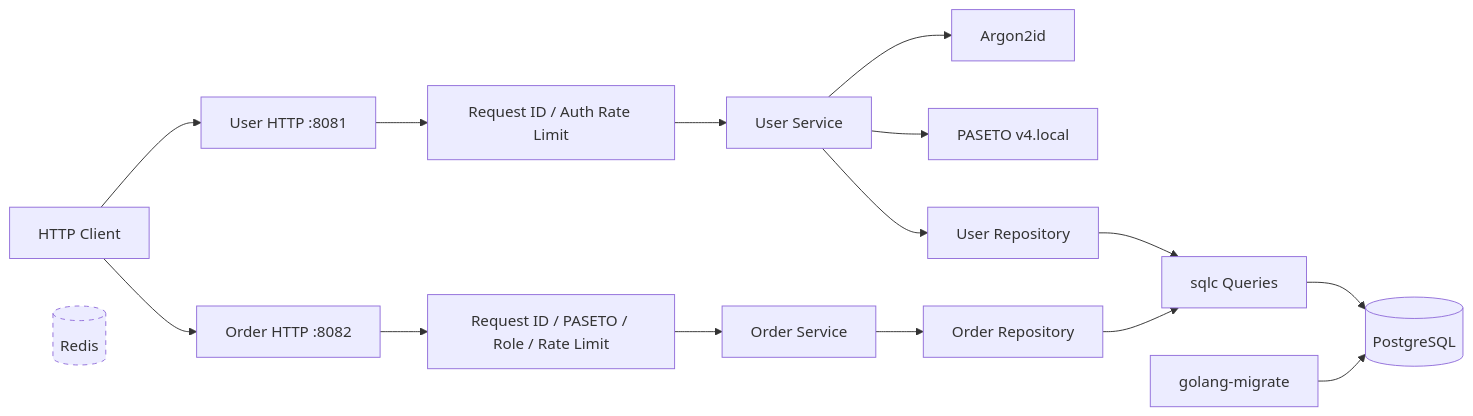
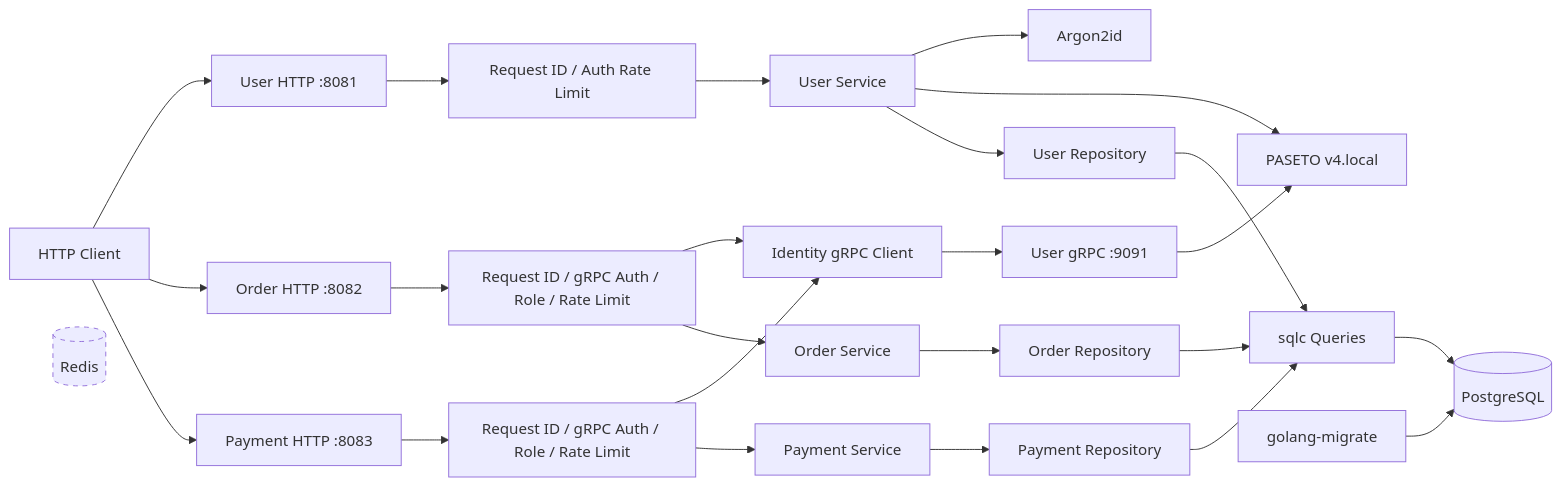
Before and after one commit to assumeengagetry/Distirbuted_Commerce: the first of 2 diagrams in README.md, drawn with Mermaid. The commit also changed other lines of this file and 81 other files, not shown here.

Commit message:
feat: add payments and centralized identity gRPC

````diff
--- a/README.md
+++ b/README.md
@@ -38,20 +47,29 @@
 ```mermaid
 flowchart LR
     Client[HTTP Client] --> UserHTTP[User HTTP :8081]
     Client --> OrderHTTP[Order HTTP :8082]
+    Client --> PaymentHTTP[Payment HTTP :8083]
     UserHTTP --> UserMiddleware[Request ID / Auth Rate Limit]
-    OrderHTTP --> OrderMiddleware[Request ID / PASETO / Role / Rate Limit]
+    OrderHTTP --> OrderMiddleware[Request ID / gRPC Auth / Role / Rate Limit]
+    PaymentHTTP --> PaymentMiddleware[Request ID / gRPC Auth / Role / Rate Limit]
+    OrderMiddleware --> IdentityClient[Identity gRPC Client]
+    PaymentMiddleware --> IdentityClient
+    IdentityClient --> UserGRPC[User gRPC :9091]
+    UserGRPC --> Tokens[PASETO v4.local]
     UserMiddleware --> UserService[User Service]
     OrderMiddleware --> OrderService[Order Service]
+    PaymentMiddleware --> PaymentService[Payment Service]
     UserService --> Passwords[Argon2id]
-    UserService --> Tokens[PASETO v4.local]
+    UserService --> Tokens
     UserService --> UserRepository[User Repository]
     OrderService --> OrderRepository[Order Repository]
+    PaymentService --> PaymentRepository[Payment Repository]
     UserRepository --> SQLC[sqlc Queries]
     OrderRepository --> SQLC
+    PaymentRepository --> SQLC
     SQLC --> PostgreSQL[(PostgreSQL)]
     Migrations[golang-migrate] --> PostgreSQL
     Redis[(Redis)]:::future
 
     classDef future stroke-dasharray: 5 5
 ```
````
